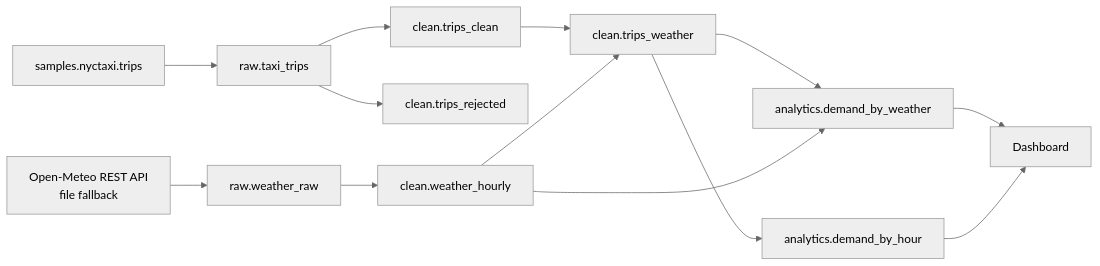
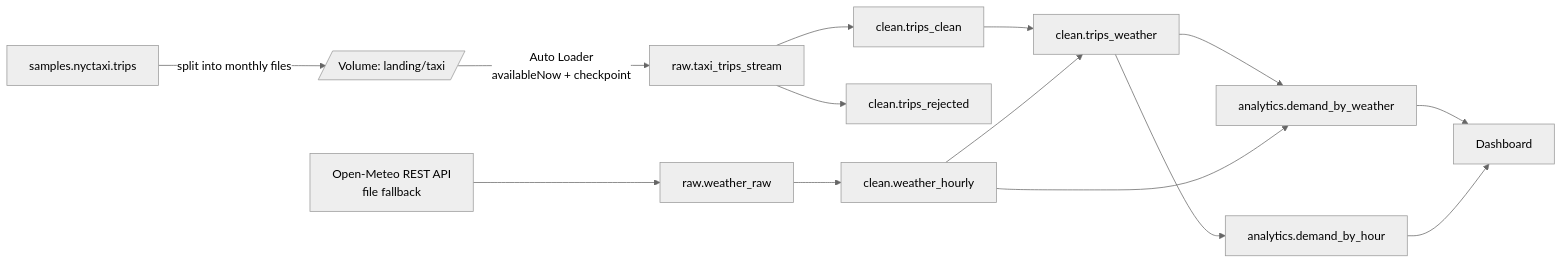
One commit to charbelalchantiry/databricks-nyc-taxi-weather-medallion changed the diagram in README.md. Above: the diagram before and after it, drawn with Mermaid (neutral theme). The commit also changed other lines of this file, not shown here.

````diff
--- a/README.md
+++ b/README.md
@@ -8,15 +9,16 @@
 ```mermaid
 flowchart LR
-    A[samples.nyctaxi.trips] --> R1[raw.taxi_trips]
+    A[samples.nyctaxi.trips] -->|split into monthly files| L[/Volume: landing/taxi/]
+    L -->|Auto Loader<br/>availableNow + checkpoint| R1[raw.taxi_trips_stream]
     B[Open-Meteo REST API<br/>file fallback] --> R2[raw.weather_raw]
     R1 --> C1[clean.trips_clean]
     R1 --> C3[clean.trips_rejected]
     R2 --> C2[clean.weather_hourly]
     C1 --> C4[clean.trips_weather]
     C2 --> C4
     C4 --> A1[analytics.demand_by_weather]
     C2 --> A1
     C4 --> A2[analytics.demand_by_hour]
     A1 --> D[Dashboard]
     A2 --> D
 ```
````
